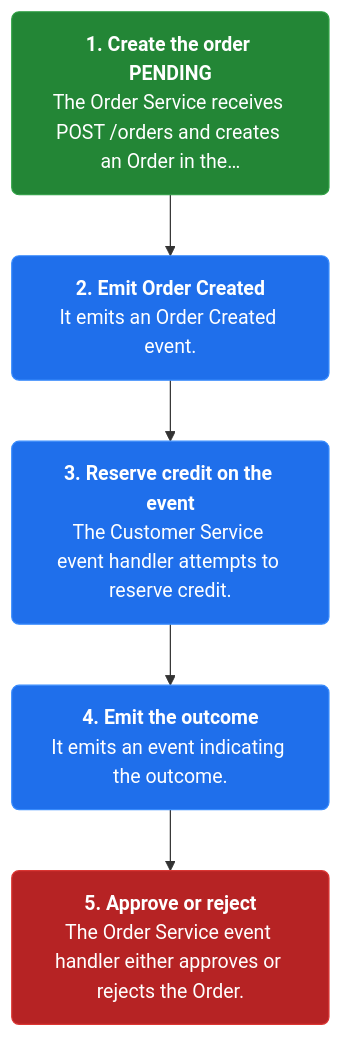
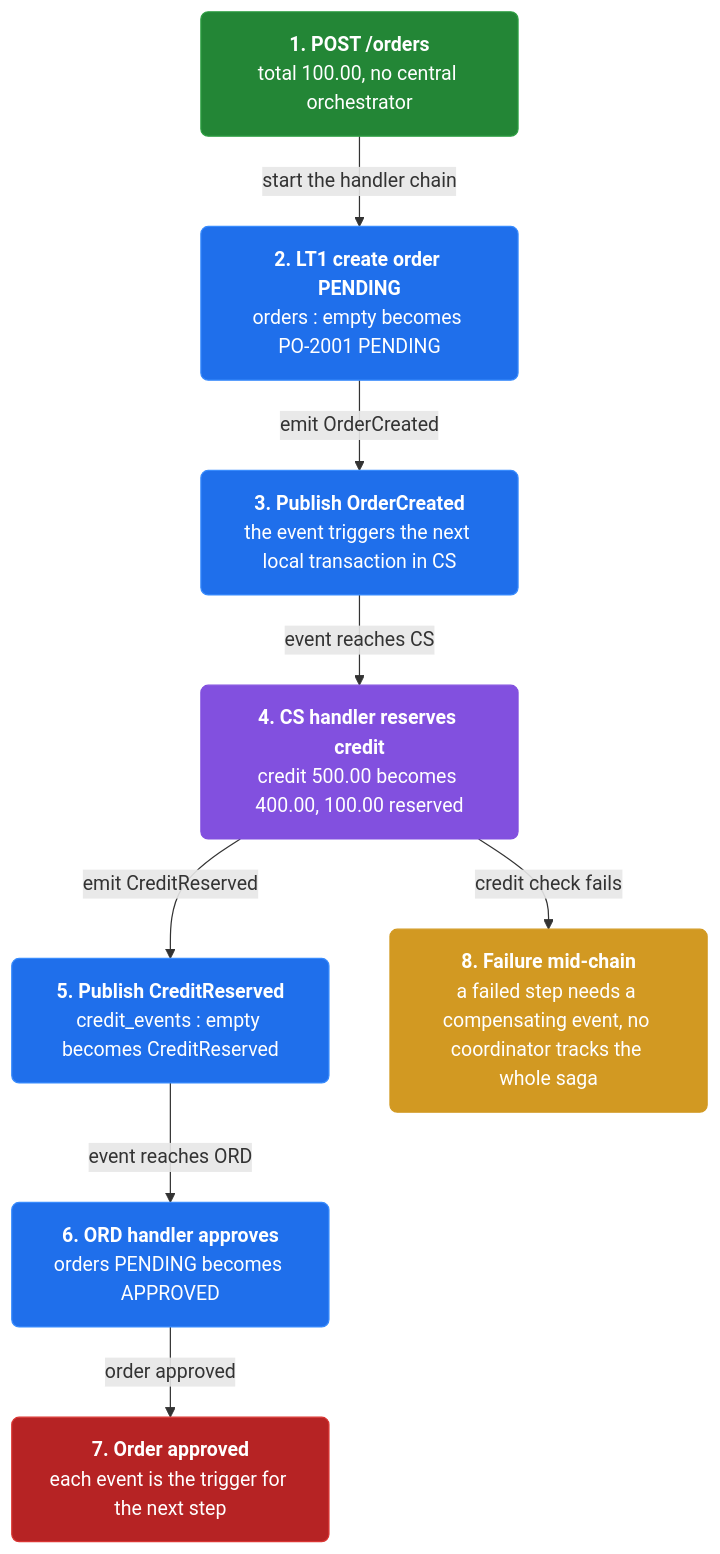
One commit to vinayakuber/microservices-io-study-guide changed the third of 4 diagrams in docs/ch15-saga.md. Above: the diagram before and after it, drawn with Mermaid. The commit also changed other lines of this file and 46 other files, not shown here.

First line of the commit message:
Author rich branching flow diagrams for all 44 chapters

````diff
--- a/docs/ch15-saga.md
+++ b/docs/ch15-saga.md
@@ -106,15 +134,23 @@
 ```mermaid
 flowchart TD
-  classDef step fill:#1f6feb,color:#ffffff,stroke:#388bfd,stroke-width:1px,rx:6
+  classDef step fill:#1f6feb,color:#ffffff,stroke:#388bfd,rx:6
+  classDef core fill:#8250df,color:#ffffff,stroke:#8250df,rx:6
+  classDef warn fill:#d29922,color:#ffffff,stroke:#d29922,rx:6
   classDef start fill:#238636,color:#ffffff,stroke:#2ea043,rx:6
   classDef stop fill:#b62324,color:#ffffff,stroke:#da3633,rx:6
-  s2n0["<b>1. Create the order PENDING</b><br/>The Order Service receives POST /orders and creates an Order in the…"]:::start
-  s2n1["<b>2. Emit Order Created</b><br/>It emits an Order Created event."]:::step
-  s2n2["<b>3. Reserve credit on the event</b><br/>The Customer Service event handler attempts to reserve credit."]:::step
-  s2n3["<b>4. Emit the outcome</b><br/>It emits an event indicating the outcome."]:::step
-  s2n4["<b>5. Approve or reject</b><br/>The Order Service event handler either approves or rejects the Order."]:::stop
-  s2n0 --> s2n1
-  s2n1 --> s2n2
-  s2n2 --> s2n3
-  s2n3 --> s2n4
+  n0["<b>1. POST /orders</b><br/>total 100.00, no central orchestrator"]:::start
+  n1["<b>2. LT1 create order PENDING</b><br/>orders : empty becomes PO-2001 PENDING"]:::step
+  n2["<b>3. Publish OrderCreated</b><br/>the event triggers the next local transaction in CS"]:::step
+  n3["<b>4. CS handler reserves credit</b><br/>credit 500.00 becomes 400.00, 100.00 reserved"]:::core
+  n4["<b>5. Publish CreditReserved</b><br/>credit_events : empty becomes CreditReserved"]:::step
+  n5["<b>6. ORD handler approves</b><br/>orders PENDING becomes APPROVED"]:::step
+  n6["<b>7. Order approved</b><br/>each event is the trigger for the next step"]:::stop
+  n7["<b>8. Failure mid-chain</b><br/>a failed step needs a compensating event, no coordinator tracks the whole saga"]:::warn
+  n0 -->|"start the handler chain"| n1
+  n1 -->|"emit OrderCreated"| n2
+  n2 -->|"event reaches CS"| n3
+  n3 -->|"emit CreditReserved"| n4
+  n3 -->|"credit check fails"| n7
+  n4 -->|"event reaches ORD"| n5
+  n5 -->|"order approved"| n6
 ```
````
